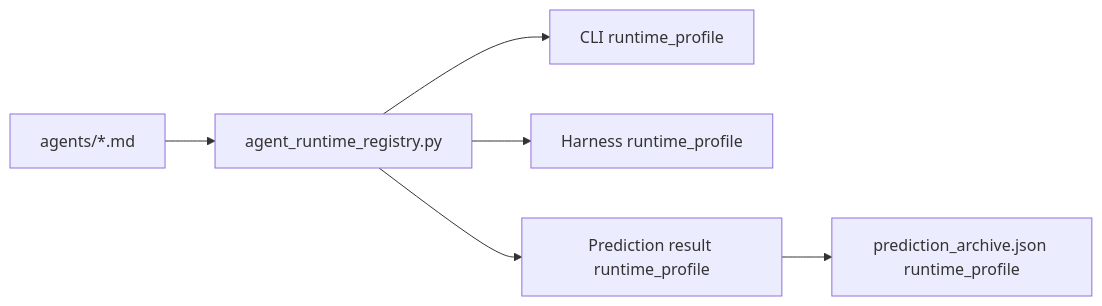
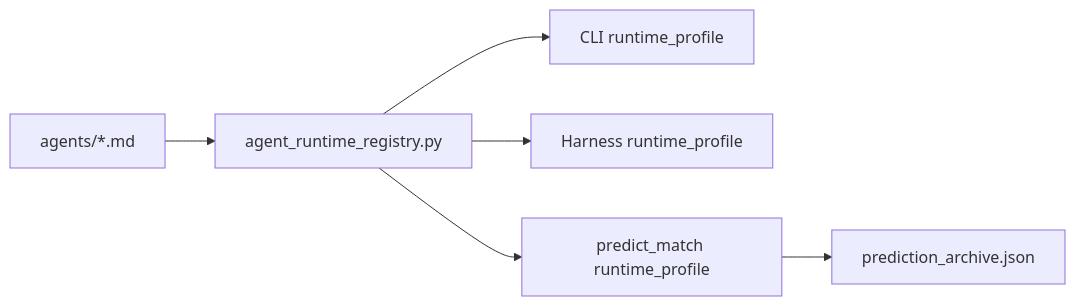
The fifth of 5 diagrams in docs/architecture/europe_leagues_architecture.md (LorenJun/trae_projects), drawn with Mermaid before and after one commit. The commit also changed other lines of this file and 109 other files, not shown here.

````diff
--- a/docs/architecture/europe_leagues_architecture.md
+++ b/docs/architecture/europe_leagues_architecture.md
@@ -272,8 +315,8 @@
 ```mermaid
 flowchart LR
   A[agents/*.md] --> B[agent_runtime_registry.py]
   B --> C[CLI runtime_profile]
   B --> D[Harness runtime_profile]
-  B --> E[Prediction result runtime_profile]
-  E --> F[prediction_archive.json runtime_profile]
+  B --> E[predict_match runtime_profile]
+  E --> F[prediction_archive.json]
 ```
````
